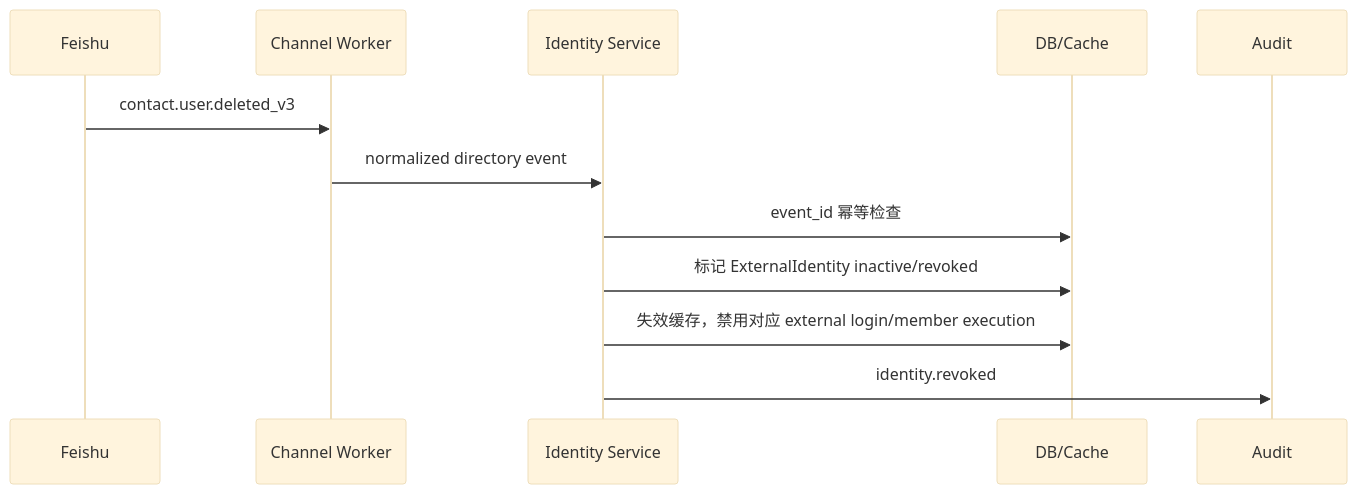
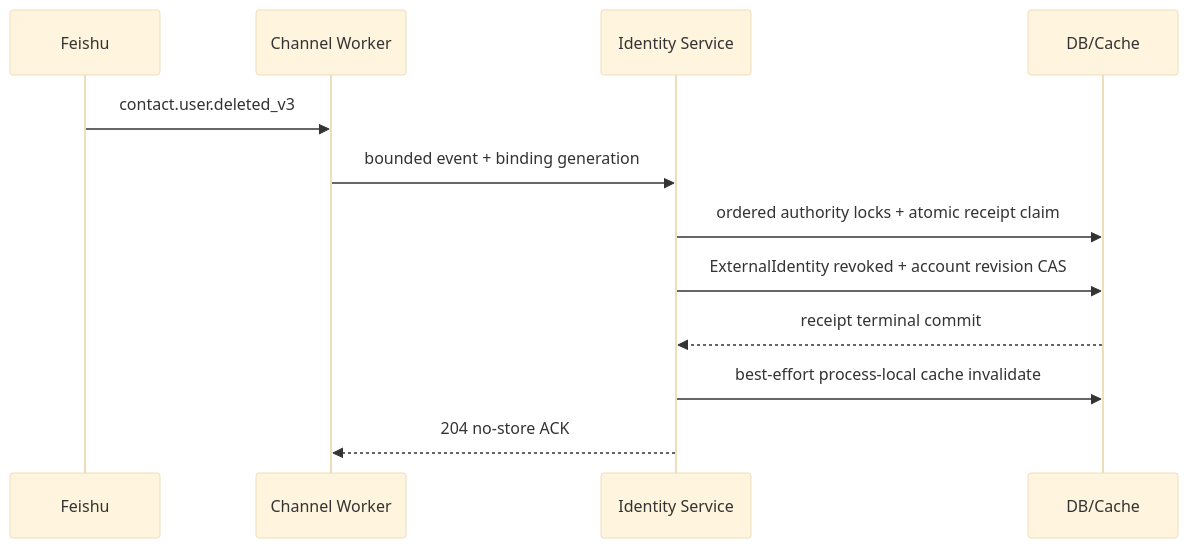
Before and after one commit to yuehong136/MultiRAG: the ninth of 12 diagrams in docs/enterprise-identity-mcp/ARCHITECTURE.md, drawn with Mermaid (base theme). The commit also changed other lines of this file and 28 other files, not shown here.

````diff
--- a/docs/enterprise-identity-mcp/ARCHITECTURE.md
+++ b/docs/enterprise-identity-mcp/ARCHITECTURE.md
@@ -484,15 +484,15 @@
 ```mermaid
 sequenceDiagram
     participant F as Feishu
     participant W as Channel Worker
     participant I as Identity Service
     participant D as DB/Cache
-    participant AU as Audit
 
     F->>W: contact.user.deleted_v3
-    W->>I: normalized directory event
-    I->>D: event_id 幂等检查
-    I->>D: 标记 ExternalIdentity inactive/revoked
-    I->>D: 失效缓存，禁用对应 external login/member execution
-    I->>AU: identity.revoked
+    W->>I: bounded event + binding generation
+    I->>D: ordered authority locks + atomic receipt claim
+    I->>D: ExternalIdentity revoked + account revision CAS
+    D-->>I: receipt terminal commit
+    I->>D: best-effort process-local cache invalidate
+    I-->>W: 204 no-store ACK
 ```
````
